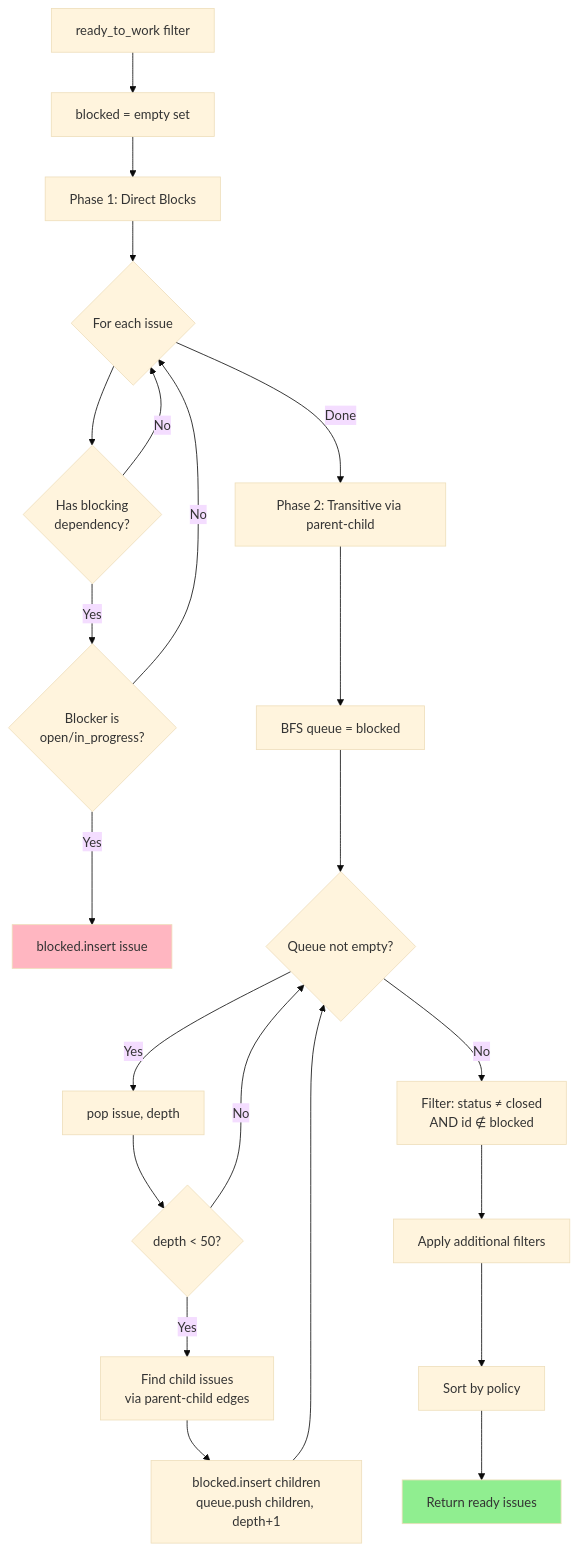
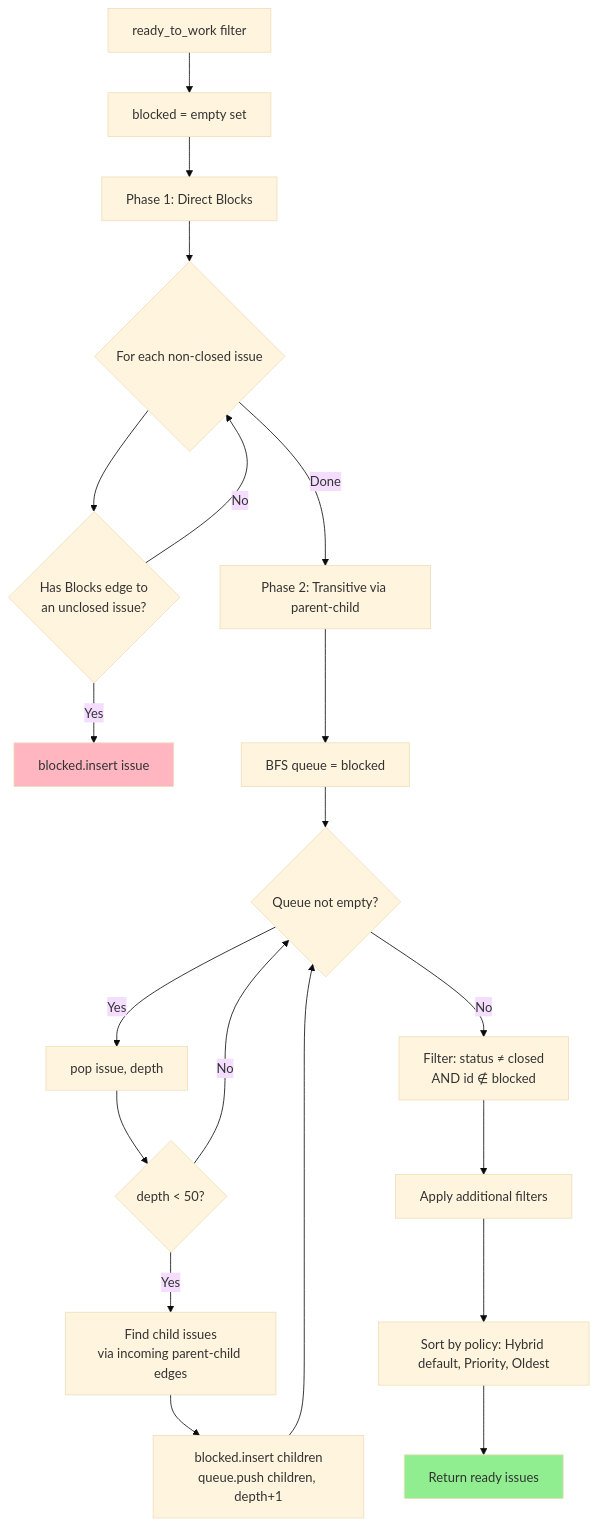
Before and after one commit to dwalleck/rivets: the sixth of 9 diagrams in docs/storage-architecture.md, drawn with Mermaid (base theme). The commit also changed other lines of this file and 4 other files, not shown here.

````diff
--- a/docs/storage-architecture.md
+++ b/docs/storage-architecture.md
@@ -247,30 +325,28 @@
 ```mermaid
 graph TD
     Start[ready_to_work filter] --> Init[blocked = empty set]
 
     Init --> Phase1[Phase 1: Direct Blocks]
-    Phase1 --> Loop1{For each issue}
-    Loop1 --> Check1{Has blocking<br/>dependency?}
-    Check1 -->|Yes| CheckStatus{Blocker is<br/>open/in_progress?}
-    CheckStatus -->|Yes| AddBlocked[blocked.insert issue]
-    CheckStatus -->|No| Loop1
+    Phase1 --> Loop1{For each non-closed issue}
+    Loop1 --> Check1{Has Blocks edge to<br/>an unclosed issue?}
+    Check1 -->|Yes| AddBlocked[blocked.insert issue]
     Check1 -->|No| Loop1
     Loop1 -->|Done| Phase2
 
     Phase2[Phase 2: Transitive via parent-child] --> BFS[BFS queue = blocked]
     BFS --> Loop2{Queue not empty?}
     Loop2 -->|Yes| Pop[pop issue, depth]
     Pop --> DepthCheck{depth < 50?}
-    DepthCheck -->|Yes| Children[Find child issues<br/>via parent-child edges]
+    DepthCheck -->|Yes| Children[Find child issues<br/>via incoming parent-child edges]
     Children --> AddChildren[blocked.insert children<br/>queue.push children, depth+1]
     AddChildren --> Loop2
     DepthCheck -->|No| Loop2
     Loop2 -->|No| Filter
 
     Filter[Filter: status ≠ closed<br/>AND id ∉ blocked] --> ApplyFilter[Apply additional filters]
-    ApplyFilter --> Sort[Sort by policy]
+    ApplyFilter --> Sort[Sort by policy: Hybrid default, Priority, Oldest]
     Sort --> Result[Return ready issues]
 
     style AddBlocked fill:#FFB6C1
     style Result fill:#90EE90
 ```
````
